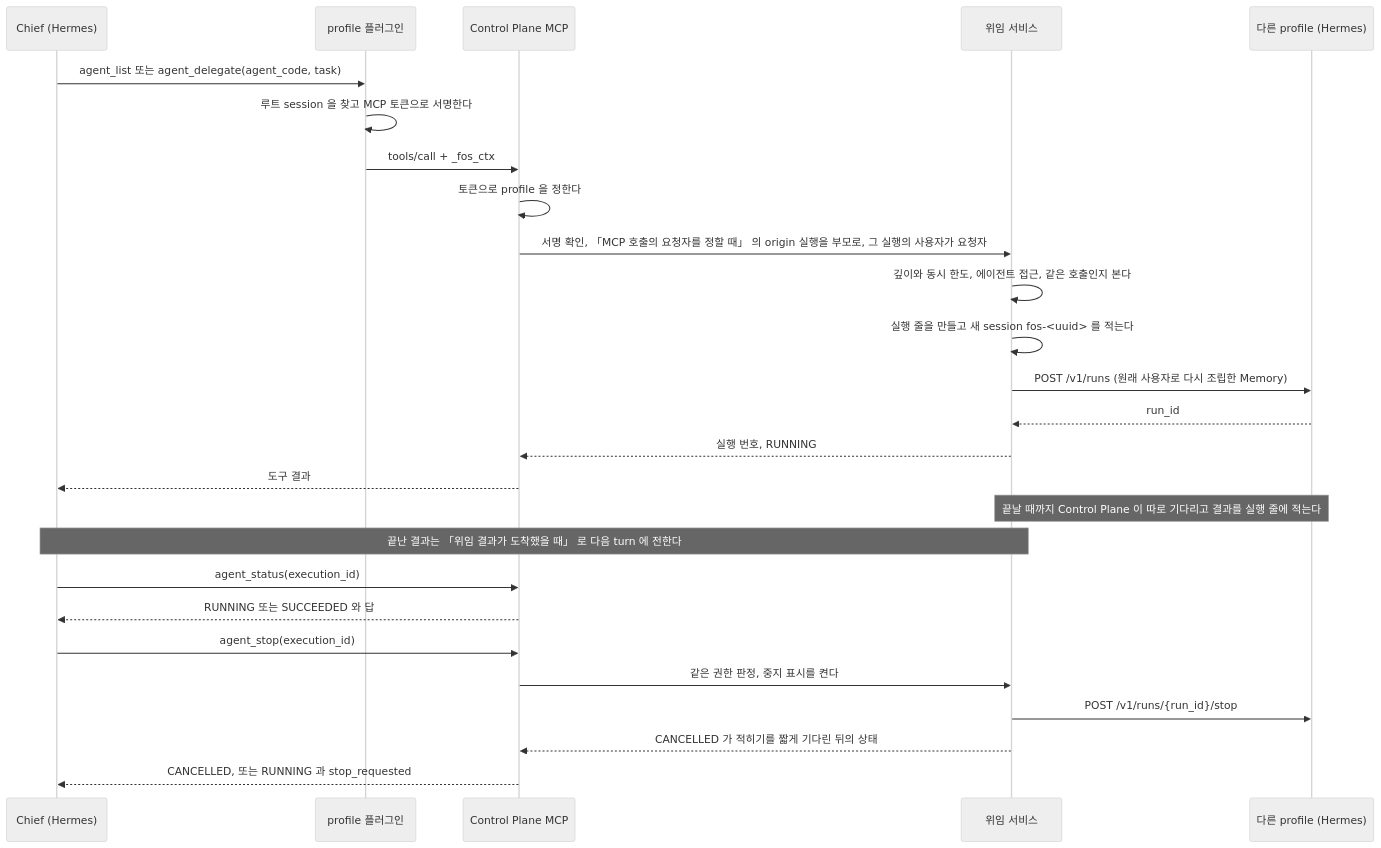
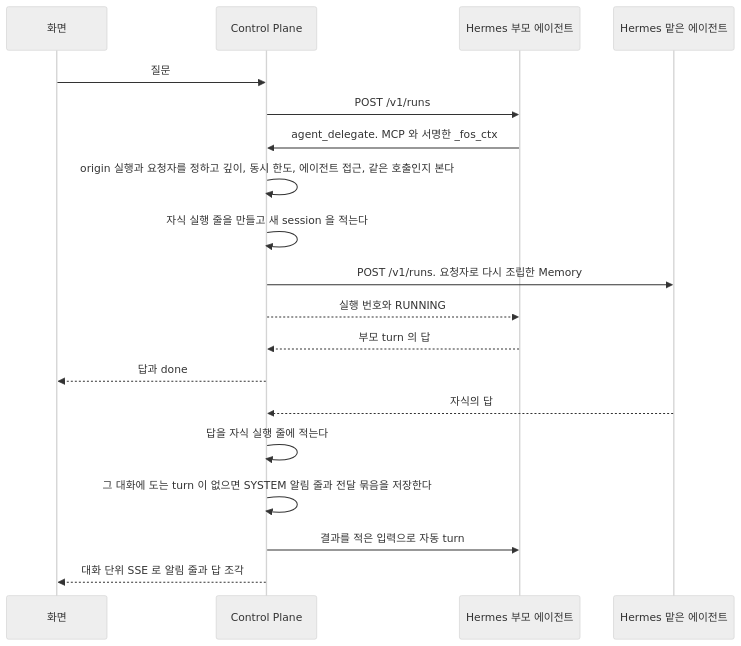
Before and after one commit to jon890/fos-assistant: the diagram in docs/features/agent-skill.md, drawn with Mermaid (neutral theme). The commit also changed other lines of this file and 3 other files, not shown here.

````diff
--- a/docs/features/agent-skill.md
+++ b/docs/features/agent-skill.md
@@ -472,29 +17,22 @@
 ```mermaid
 sequenceDiagram
-    participant C as Chief (Hermes)
-    participant P as profile 플러그인
-    participant M as Control Plane MCP
-    participant D as 위임 서비스
-    participant H as 다른 profile (Hermes)
+    participant W as 화면
+    participant C as Control Plane
+    participant H as Hermes 부모 에이전트
+    participant K as Hermes 맡은 에이전트
 
-    C->>P: agent_list 또는 agent_delegate(agent_code, task)
-    P->>P: 루트 session 을 찾고 MCP 토큰으로 서명한다
-    P->>M: tools/call + _fos_ctx
-    M->>M: 토큰으로 profile 을 정한다
-    M->>D: 서명 확인, 「MCP 호출의 요청자를 정할 때」 의 origin 실행을 부모로, 그 실행의 사용자가 요청자
-    D->>D: 깊이와 동시 한도, 에이전트 접근, 같은 호출인지 본다
-    D->>D: 실행 줄을 만들고 새 session fos-<uuid> 를 적는다
-    D->>H: POST /v1/runs (원래 사용자로 다시 조립한 Memory)
-    H-->>D: run_id
-    D-->>M: 실행 번호, RUNNING
-    M-->>C: 도구 결과
-    Note over D,H: 끝날 때까지 Control Plane 이 따로 기다리고 결과를 실행 줄에 적는다
-    Note over C,D: 끝난 결과는 「위임 결과가 도착했을 때」 로 다음 turn 에 전한다
-    C->>M: agent_status(execution_id)
-    M-->>C: RUNNING 또는 SUCCEEDED 와 답
-    C->>M: agent_stop(execution_id)
-    M->>D: 같은 권한 판정, 중지 표시를 켠다
-    D->>H: POST /v1/runs/{run_id}/stop
-    D-->>M: CANCELLED 가 적히기를 짧게 기다린 뒤의 상태
-    M-->>C: CANCELLED, 또는 RUNNING 과 stop_requested
+    W->>C: 질문
+    C->>H: POST /v1/runs
+    H->>C: agent_delegate. MCP 와 서명한 _fos_ctx
+    C->>C: origin 실행과 요청자를 정하고 깊이, 동시 한도, 에이전트 접근, 같은 호출인지 본다
+    C->>C: 자식 실행 줄을 만들고 새 session 을 적는다
+    C->>K: POST /v1/runs. 요청자로 다시 조립한 Memory
+    C-->>H: 실행 번호와 RUNNING
+    H-->>C: 부모 turn 의 답
+    C-->>W: 답과 done
+    K-->>C: 자식의 답
+    C->>C: 답을 자식 실행 줄에 적는다
+    C->>C: 그 대화에 도는 turn 이 없으면 SYSTEM 알림 줄과 전달 묶음을 저장한다
+    C->>H: 결과를 적은 입력으로 자동 turn
+    C-->>W: 대화 단위 SSE 로 알림 줄과 답 조각
 ```
````
